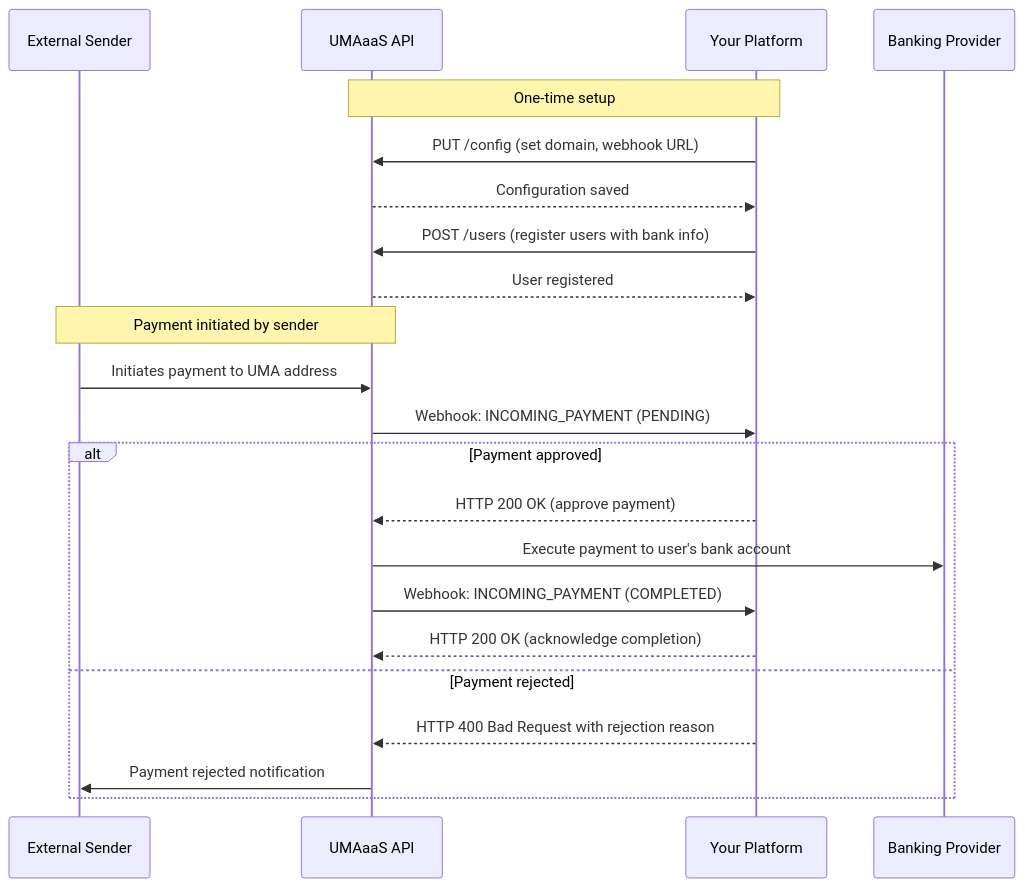
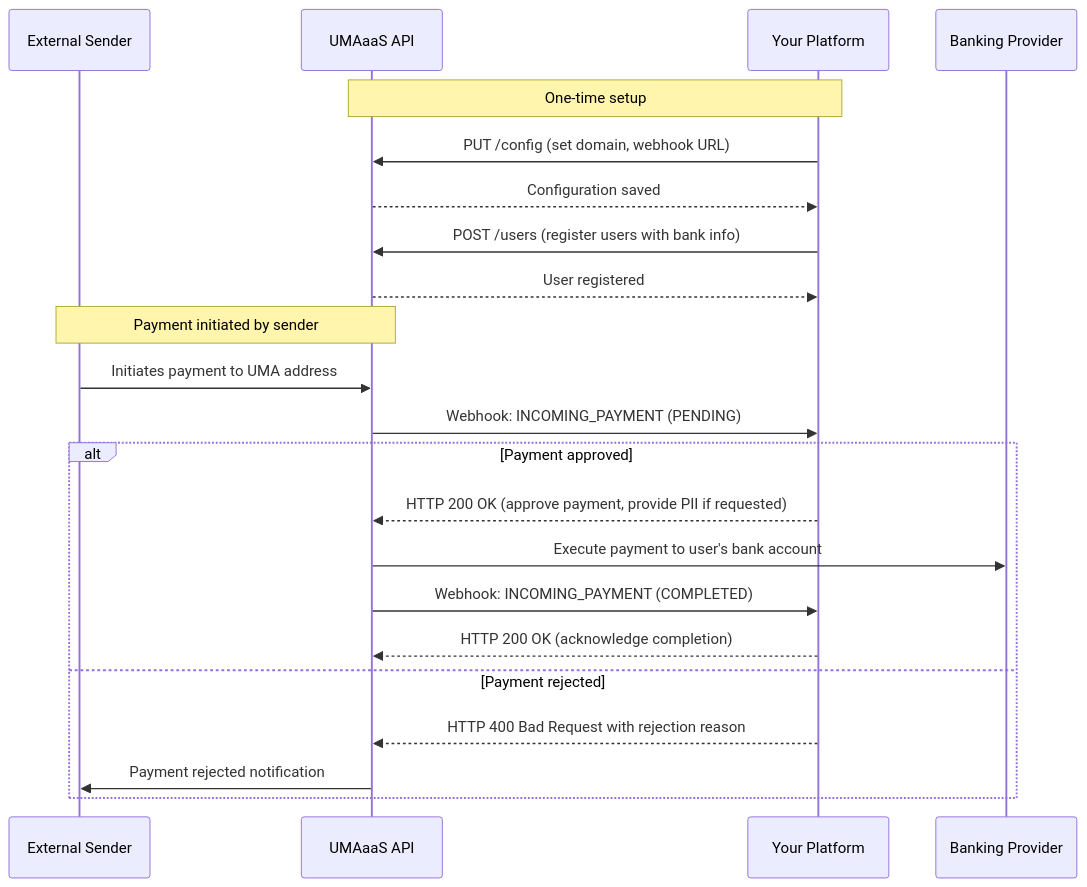
One commit to lightsparkdev/umaaas-api changed the first of 2 diagrams in docusaurus-docs/docs/receiving-payments.md. Above: the diagram before and after it, drawn with Mermaid. The commit also changed other lines of this file and 33 other files, not shown here.

Commit message:
Add a flow which avoids requiring PII for users at creation time.

````diff
--- a/docusaurus-docs/docs/receiving-payments.md
+++ b/docusaurus-docs/docs/receiving-payments.md
@@ -13,27 +13,27 @@
 ```mermaid
 sequenceDiagram
     participant Sender as External Sender
     participant UMAaaS as UMAaaS API
     participant Client as Your Platform
     participant Bank as Banking Provider
     
     Note over Client, UMAaaS: One-time setup
     Client->>UMAaaS: PUT /config (set domain, webhook URL)
     UMAaaS-->>Client: Configuration saved
     Client->>UMAaaS: POST /users (register users with bank info)
     UMAaaS-->>Client: User registered
     
     Note over Sender, UMAaaS: Payment initiated by sender
     Sender->>UMAaaS: Initiates payment to UMA address
     UMAaaS->>Client: Webhook: INCOMING_PAYMENT (PENDING)
     
     alt Payment approved
-        Client-->>UMAaaS: HTTP 200 OK (approve payment)
+        Client-->>UMAaaS: HTTP 200 OK (approve payment, provide PII if requested)
         UMAaaS->>Bank: Execute payment to user's bank account
         UMAaaS->>Client: Webhook: INCOMING_PAYMENT (COMPLETED)
         Client-->>UMAaaS: HTTP 200 OK (acknowledge completion)
     else Payment rejected
         Client-->>UMAaaS: HTTP 400 Bad Request with rejection reason
         UMAaaS->>Sender: Payment rejected notification
     end
 ```
````
